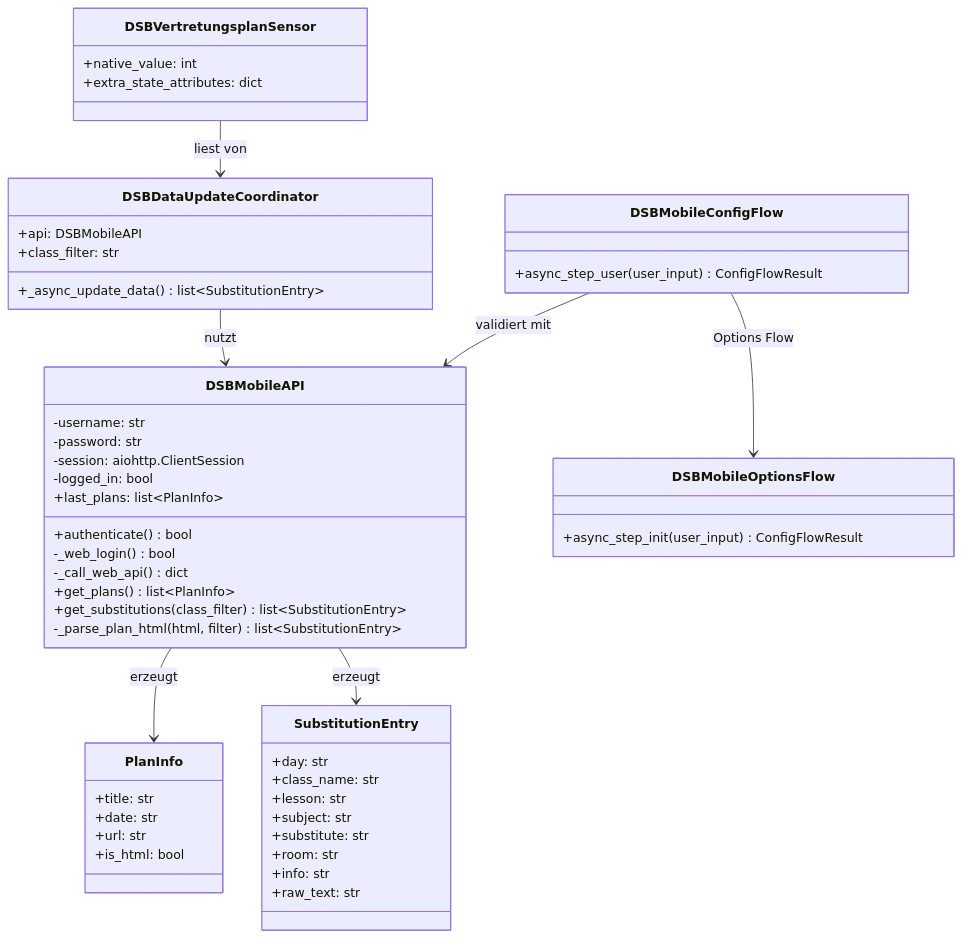
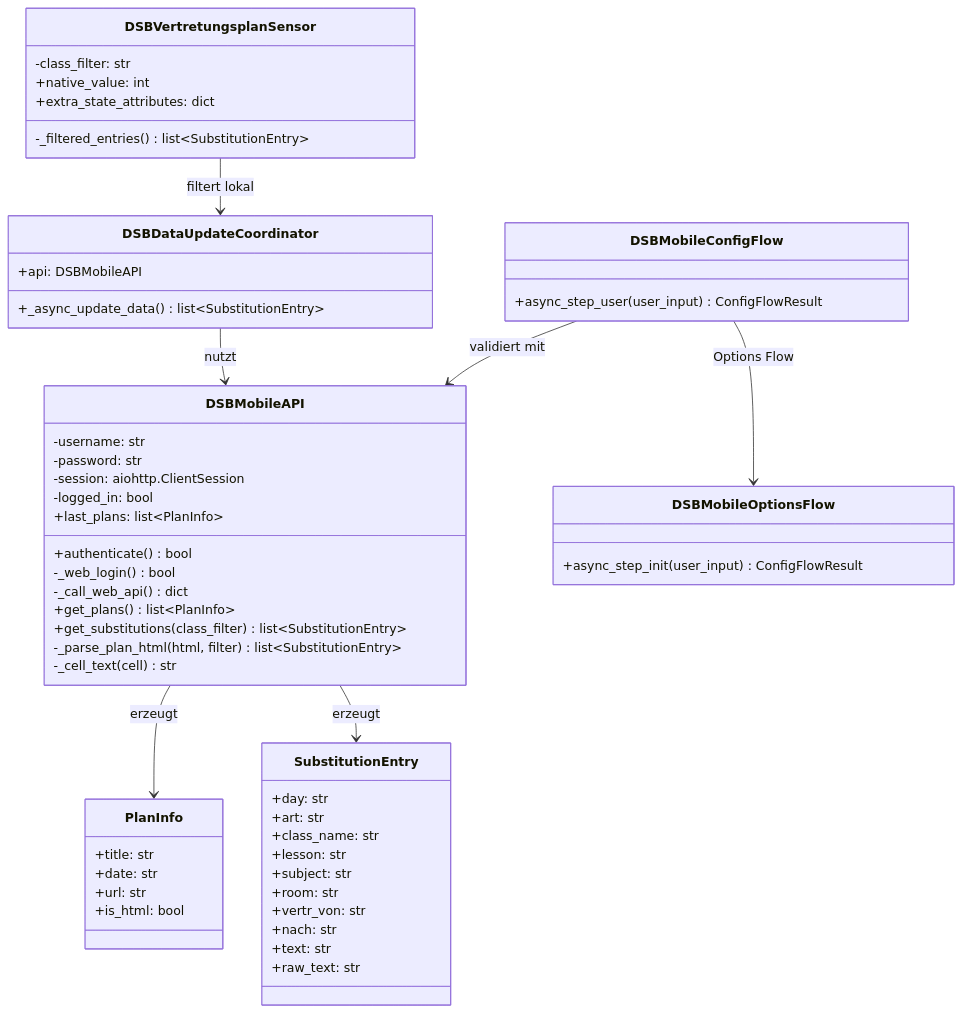
The third of 3 diagrams in README.md (Tenner/dsbmobile), drawn with Mermaid before and after one commit. The commit also changed other lines of this file and 2 other files, not shown here.

````diff
--- a/README.md
+++ b/README.md
@@ -271,60 +278,64 @@
 ```mermaid
 classDiagram
     class DSBMobileAPI {
         -username: str
         -password: str
         -session: aiohttp.ClientSession
         -logged_in: bool
         +last_plans: list~PlanInfo~
         +authenticate() bool
         -_web_login() bool
         -_call_web_api() dict
         +get_plans() list~PlanInfo~
         +get_substitutions(class_filter) list~SubstitutionEntry~
         -_parse_plan_html(html, filter) list~SubstitutionEntry~
+        -_cell_text(cell) str
     }
 
     class PlanInfo {
         +title: str
         +date: str
         +url: str
         +is_html: bool
     }
 
     class SubstitutionEntry {
         +day: str
+        +art: str
         +class_name: str
         +lesson: str
         +subject: str
-        +substitute: str
         +room: str
-        +info: str
+        +vertr_von: str
+        +nach: str
+        +text: str
         +raw_text: str
     }
 
     class DSBDataUpdateCoordinator {
         +api: DSBMobileAPI
-        +class_filter: str
         +_async_update_data() list~SubstitutionEntry~
     }
 
     class DSBVertretungsplanSensor {
+        -class_filter: str
         +native_value: int
         +extra_state_attributes: dict
+        -_filtered_entries() list~SubstitutionEntry~
     }
 
     class DSBMobileConfigFlow {
         +async_step_user(user_input) ConfigFlowResult
     }
 
     class DSBMobileOptionsFlow {
         +async_step_init(user_input) ConfigFlowResult
     }
 
     DSBMobileAPI --> PlanInfo : erzeugt
     DSBMobileAPI --> SubstitutionEntry : erzeugt
     DSBDataUpdateCoordinator --> DSBMobileAPI : nutzt
-    DSBVertretungsplanSensor --> DSBDataUpdateCoordinator : liest von
+    DSBVertretungsplanSensor --> DSBDataUpdateCoordinator : filtert lokal
     DSBMobileConfigFlow --> DSBMobileAPI : validiert mit
     DSBMobileConfigFlow --> DSBMobileOptionsFlow : Options Flow
 ```
````
